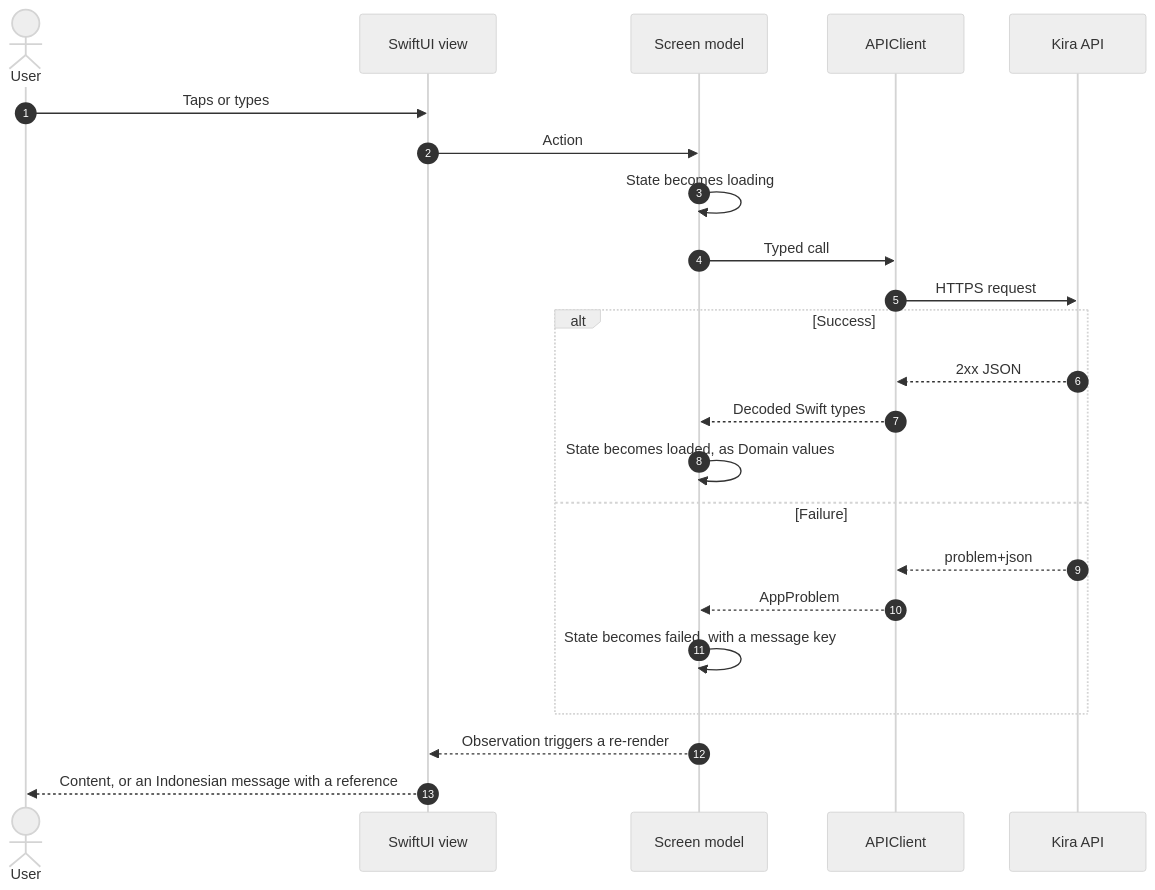
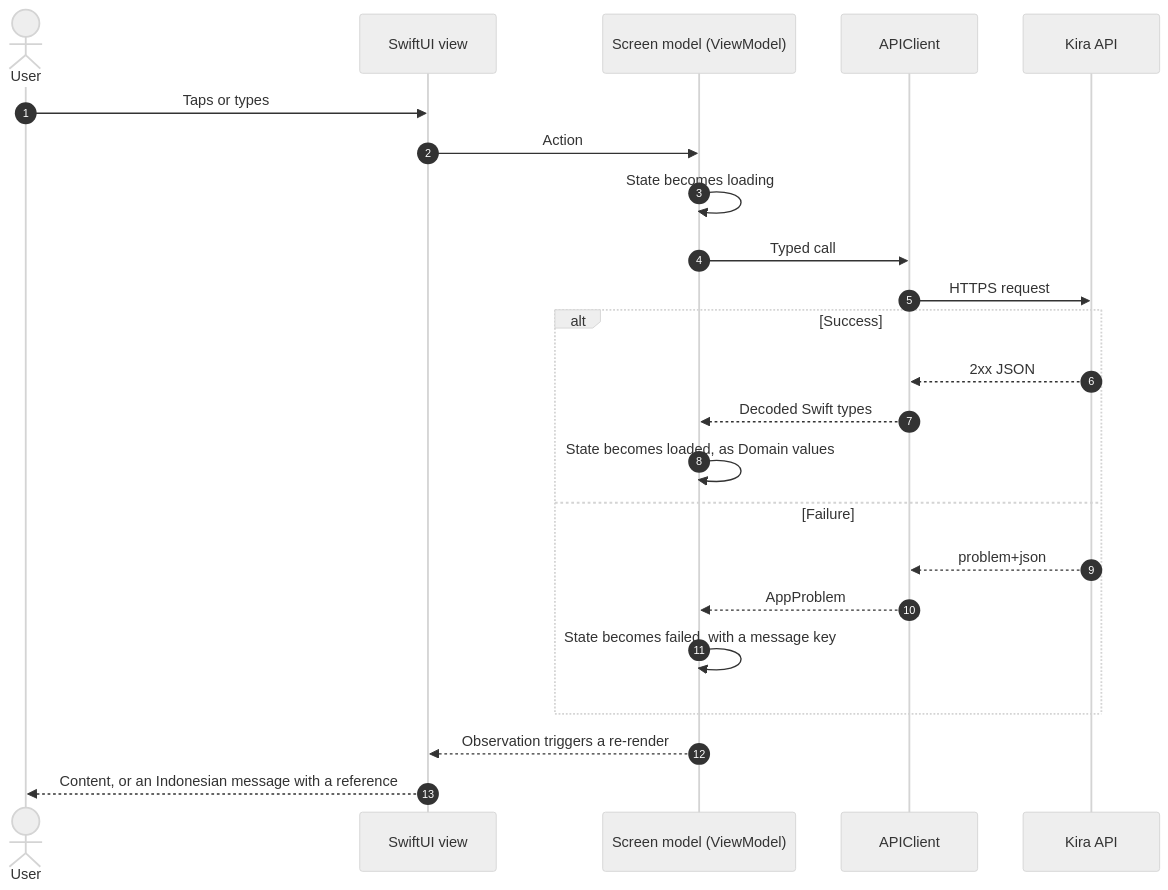
The third of 6 diagrams in README.md (Kira-iOS-Project/kira-mobile-ios), drawn with Mermaid (neutral theme) before and after one commit. The commit also changed other lines of this file, not shown here.

First line of the commit message:
docs: describe the MVVM architecture in depth, with Title Case headings

````diff
--- a/README.md
+++ b/README.md
@@ -131,26 +235,26 @@
 ```mermaid
 sequenceDiagram
   autonumber
   actor User
   participant View as SwiftUI view
-  participant Model as Screen model
+  participant Model as Screen model (ViewModel)
   participant Client as APIClient
   participant API as Kira API
 
   User->>View: Taps or types
   View->>Model: Action
   Model->>Model: State becomes loading
   Model->>Client: Typed call
   Client->>API: HTTPS request
   alt Success
     API-->>Client: 2xx JSON
     Client-->>Model: Decoded Swift types
     Model->>Model: State becomes loaded, as Domain values
   else Failure
     API-->>Client: problem+json
     Client-->>Model: AppProblem
     Model->>Model: State becomes failed, with a message key
   end
   Model-->>View: Observation triggers a re-render
   View-->>User: Content, or an Indonesian message with a reference
 ```
````
